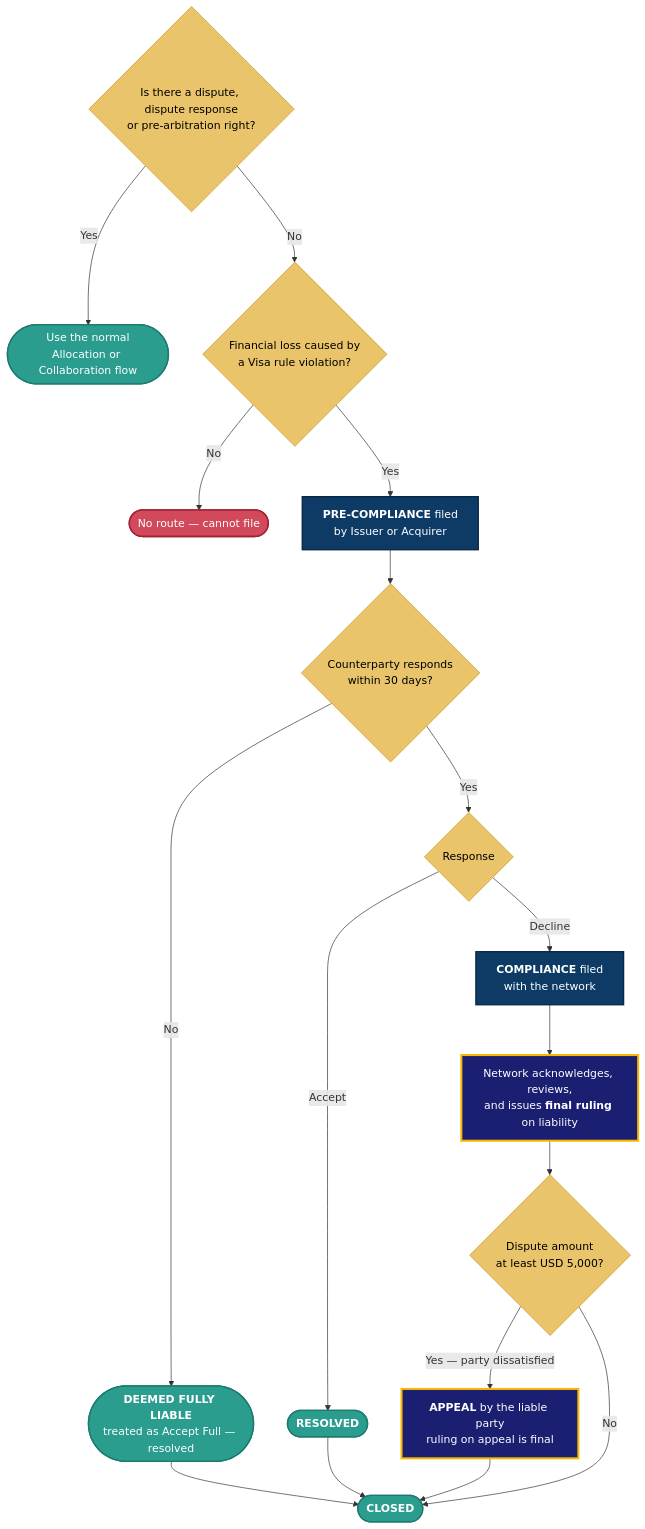
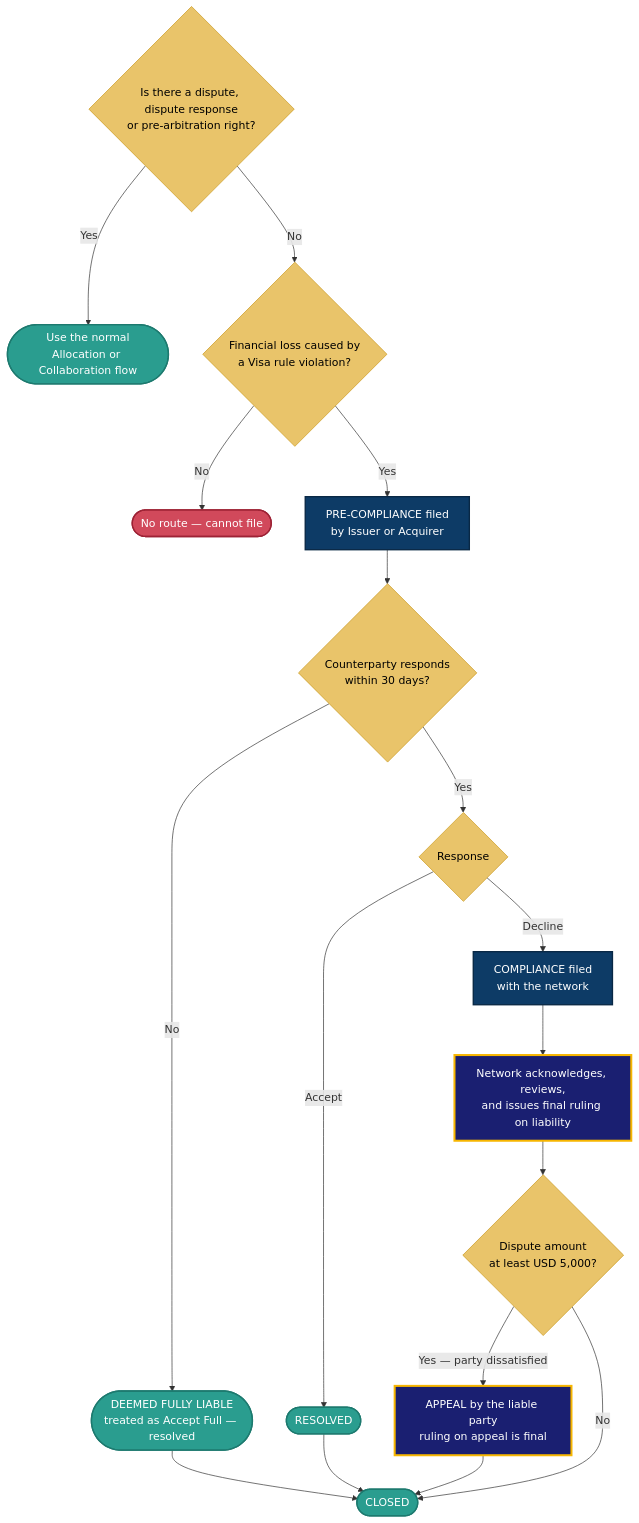
One commit to bmageshvec/poc-claims-resolution changed the third of 3 diagrams in docs/pega-smart-dispute-product-flow.md. Above: the diagram before and after it, drawn with Mermaid. The commit also changed other lines of this file and 32 other files, not shown here.

````diff
--- a/docs/pega-smart-dispute-product-flow.md
+++ b/docs/pega-smart-dispute-product-flow.md
@@ -226,41 +226,41 @@
 ```mermaid
 flowchart TB
     P1{"Is there a dispute, dispute response<br/>or pre-arbitration right?"}
     P2(["Use the normal<br/>Allocation or Collaboration flow"])
     P3{"Financial loss caused by<br/>a Visa rule violation?"}
     P4(["No route — cannot file"])
-    P5["<b>PRE-COMPLIANCE</b> filed<br/>by Issuer or Acquirer"]
+    P5["PRE-COMPLIANCE filed<br/>by Issuer or Acquirer"]
     P6{"Counterparty responds<br/>within 30 days?"}
-    P7(["<b>DEEMED FULLY LIABLE</b><br/>treated as Accept Full — resolved"])
+    P7(["DEEMED FULLY LIABLE<br/>treated as Accept Full — resolved"])
     P8{"Response"}
-    P9(["<b>RESOLVED</b>"])
-    P10["<b>COMPLIANCE</b> filed<br/>with the network"]
-    P11["Network acknowledges, reviews,<br/>and issues <b>final ruling</b> on liability"]
+    P9(["RESOLVED"])
+    P10["COMPLIANCE filed<br/>with the network"]
+    P11["Network acknowledges, reviews,<br/>and issues final ruling on liability"]
     P12{"Dispute amount<br/>at least USD 5,000?"}
-    P13["<b>APPEAL</b> by the liable party<br/>ruling on appeal is final"]
-    P14(["<b>CLOSED</b>"])
+    P13["APPEAL by the liable party<br/>ruling on appeal is final"]
+    P14(["CLOSED"])
 
     P1 -->|"Yes"| P2
     P1 -->|"No"| P3
     P3 -->|"No"| P4
     P3 -->|"Yes"| P5 --> P6
     P6 -->|"No"| P7
     P6 -->|"Yes"| P8
     P8 -->|"Accept"| P9
     P8 -->|"Decline"| P10 --> P11 --> P12
     P12 -->|"Yes — party dissatisfied"| P13 --> P14
     P12 -->|"No"| P14
     P7 --> P14
     P9 --> P14
 
     classDef party fill:#0D3B66,color:#FFFFFF,stroke:#092845,stroke-width:2px
     classDef network fill:#1A1F71,color:#FFFFFF,stroke:#F7B600,stroke-width:3px
     classDef gate fill:#E9C46A,color:#000000,stroke:#C9971A
     classDef done fill:#2A9D8F,color:#FFFFFF,stroke:#1D7A6F,stroke-width:2px
     classDef bad fill:#D1495B,color:#FFFFFF,stroke:#9D2235,stroke-width:2px
     class P5,P10 party
     class P11,P13 network
     class P1,P3,P6,P8,P12 gate
     class P2,P7,P9,P14 done
     class P4 bad
 ```
````
